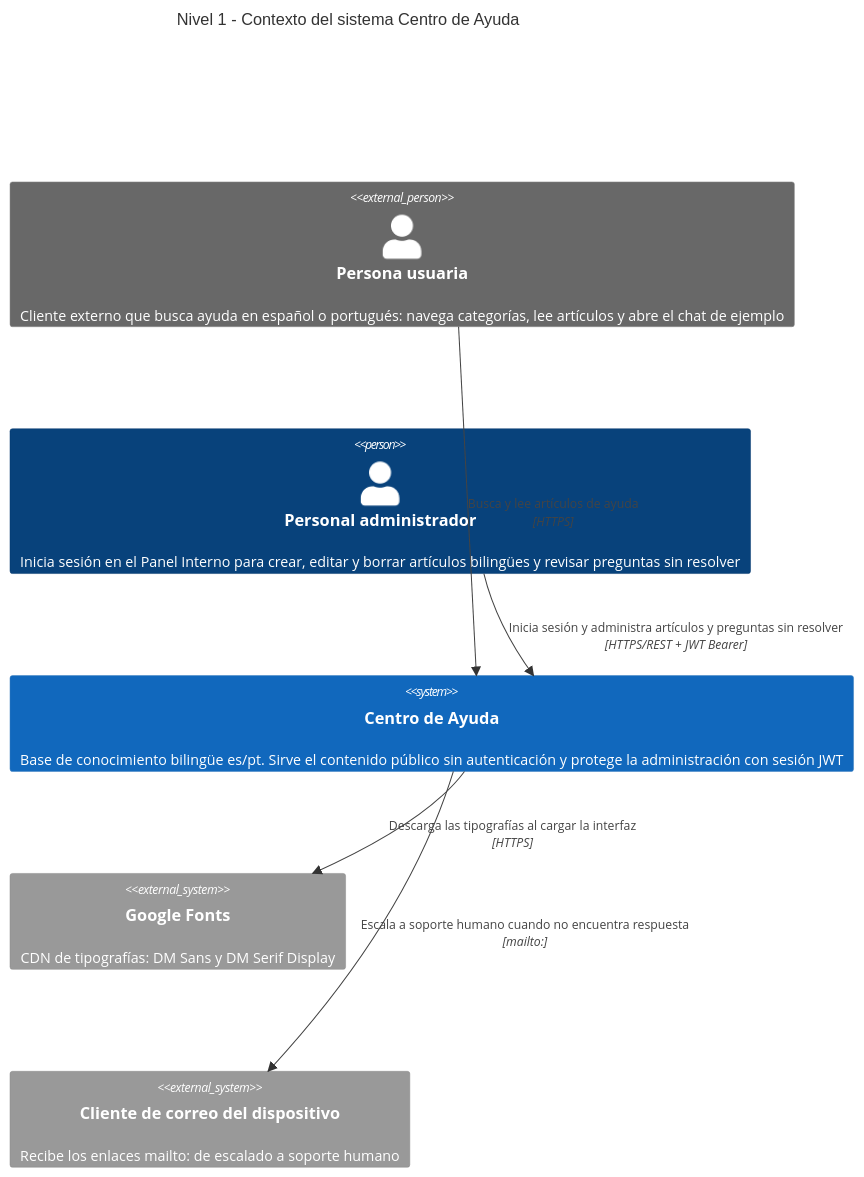
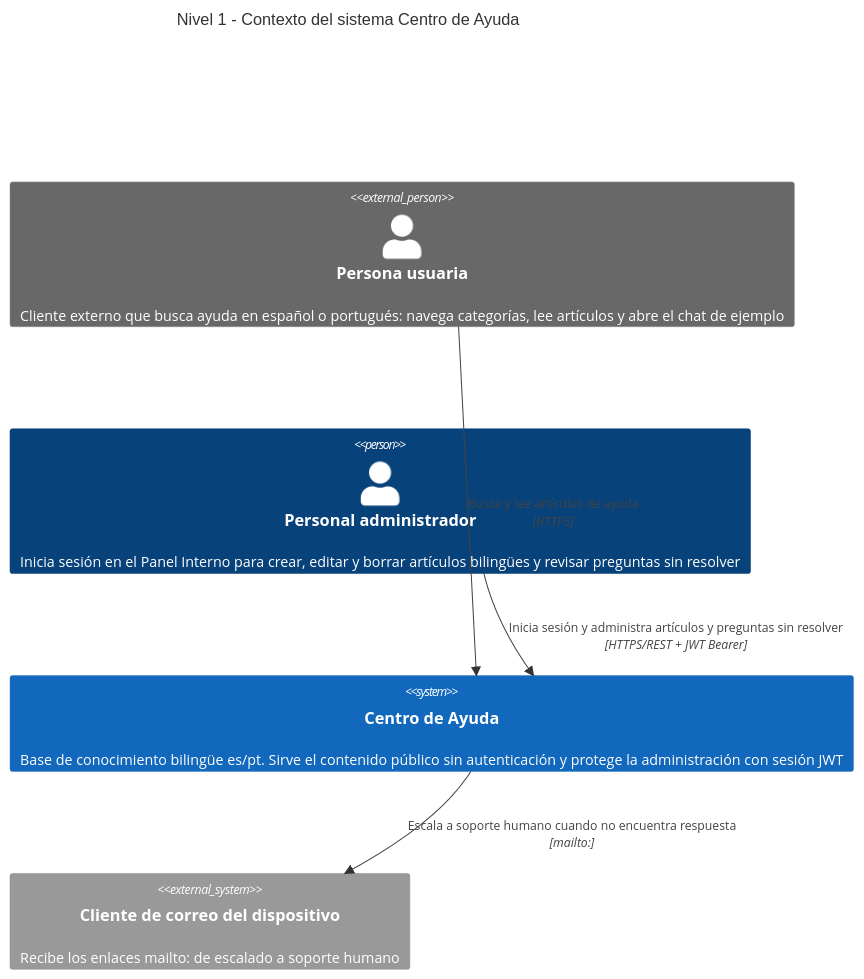
The diagram in docs/architecture/c4-level1-context.md (BIOS-AI-2026-A1/entregable-2-jorge-lopez), drawn with Mermaid before and after one commit. The commit also changed other lines of this file and 86 other files, not shown here.

````diff
--- a/docs/architecture/c4-level1-context.md
+++ b/docs/architecture/c4-level1-context.md
@@ -30,22 +30,20 @@
 ```mermaid
 C4Context
     title Nivel 1 - Contexto del sistema Centro de Ayuda
 
     Person_Ext(personaUsuaria, "Persona usuaria", "Cliente externo que busca ayuda en español o portugués: navega categorías, lee artículos y abre el chat de ejemplo")
     Person(administrador, "Personal administrador", "Inicia sesión en el Panel Interno para crear, editar y borrar artículos bilingües y revisar preguntas sin resolver")
 
     System(centroAyuda, "Centro de Ayuda", "Base de conocimiento bilingüe es/pt. Sirve el contenido público sin autenticación y protege la administración con sesión JWT")
 
-    System_Ext(googleFonts, "Google Fonts", "CDN de tipografías: DM Sans y DM Serif Display")
     System_Ext(clienteCorreo, "Cliente de correo del dispositivo", "Recibe los enlaces mailto: de escalado a soporte humano")
 
     Rel(personaUsuaria, centroAyuda, "Busca y lee artículos de ayuda", "HTTPS")
     Rel(administrador, centroAyuda, "Inicia sesión y administra artículos y preguntas sin resolver", "HTTPS/REST + JWT Bearer")
-    Rel(centroAyuda, googleFonts, "Descarga las tipografías al cargar la interfaz", "HTTPS")
     Rel(centroAyuda, clienteCorreo, "Escala a soporte humano cuando no encuentra respuesta", "mailto:")
 
     %% TODO: confirmar - dirección de soporte. Ver la sección "Pendiente de confirmar"
     %% TODO: confirmar - despliegue público. Ver la sección "Pendiente de confirmar"
 
     UpdateLayoutConfig($c4ShapeInRow="2", $c4BoundaryInRow="1")
 ```
````
